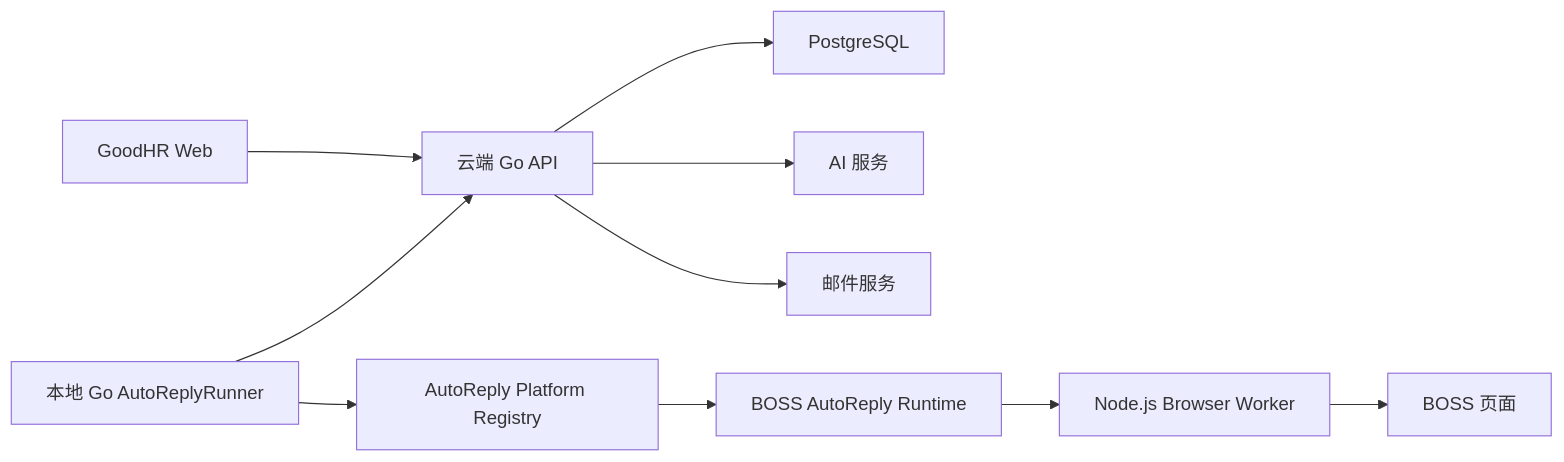
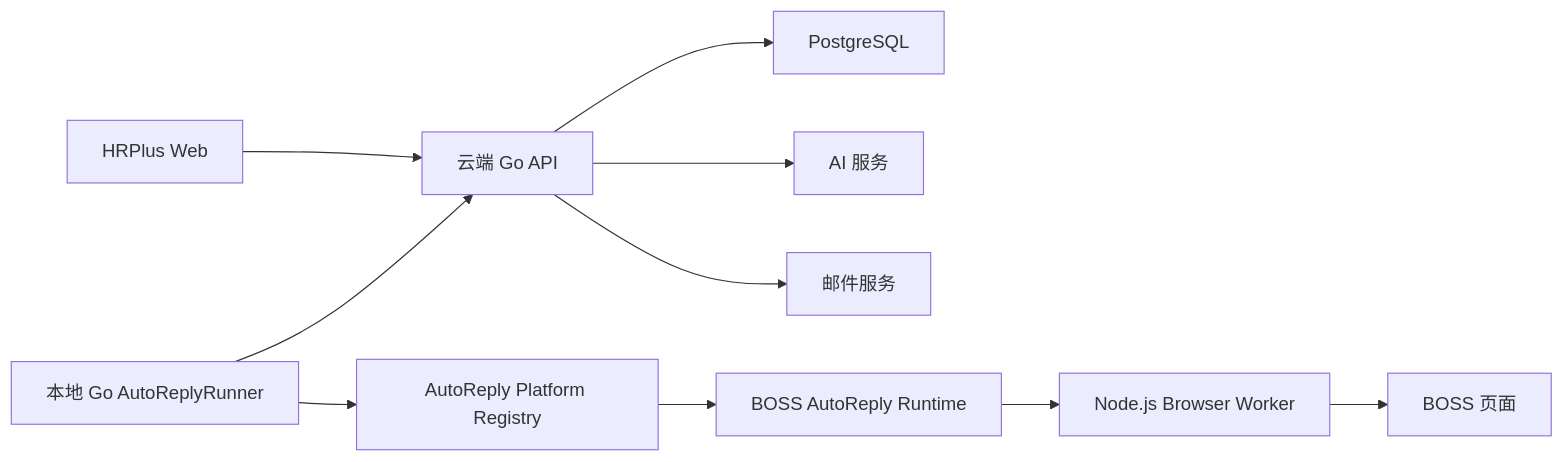
One commit to alvinwangzi/goodhr changed the diagram in goodhr5/docs/auto-reply-technical-design.md. Above: the diagram before and after it, drawn with Mermaid. The commit also changed other lines of this file and 22 other files, not shown here.

Commit message:
docs: 品牌名 GoodHR 统一改为 HRPlus

````diff
--- a/goodhr5/docs/auto-reply-technical-design.md
+++ b/goodhr5/docs/auto-reply-technical-design.md
@@ -29,12 +29,12 @@
 ```mermaid
 flowchart LR
-  UI["GoodHR Web"] --> CloudAPI["云端 Go API"]
+  UI["HRPlus Web"] --> CloudAPI["云端 Go API"]
   CloudAPI --> PG["PostgreSQL"]
   CloudAPI --> AI["AI 服务"]
   CloudAPI --> SMTP["邮件服务"]
   Agent["本地 Go AutoReplyRunner"] --> CloudAPI
   Agent --> Registry["AutoReply Platform Registry"]
   Registry --> Boss["BOSS AutoReply Runtime"]
   Boss --> Worker["Node.js Browser Worker"]
   Worker --> BossWeb["BOSS 页面"]
 ```
````
